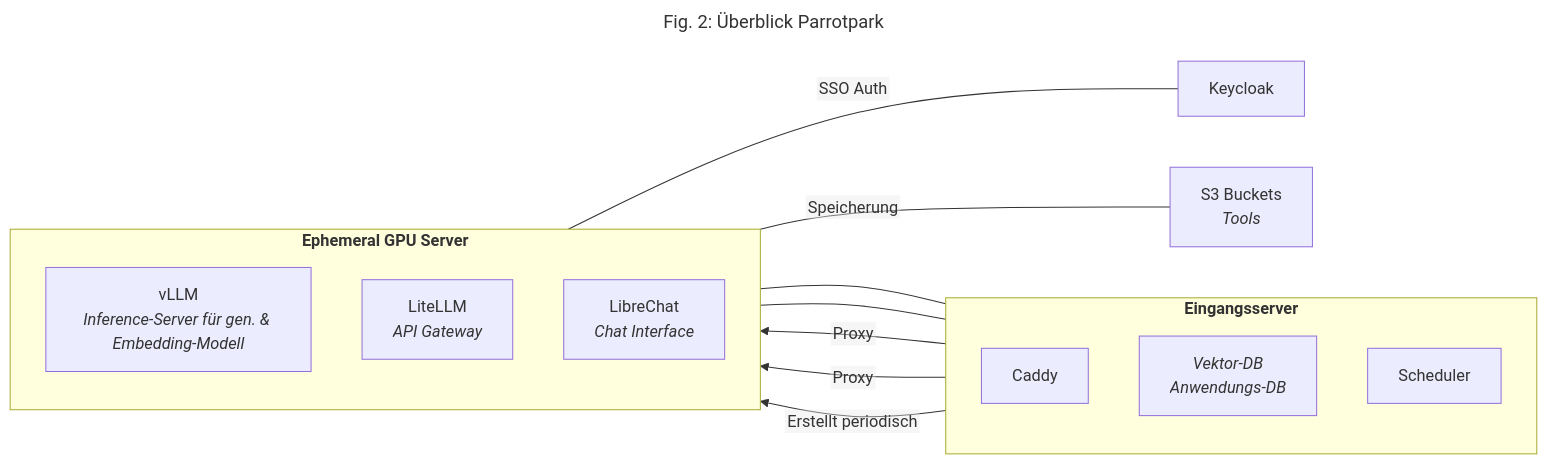
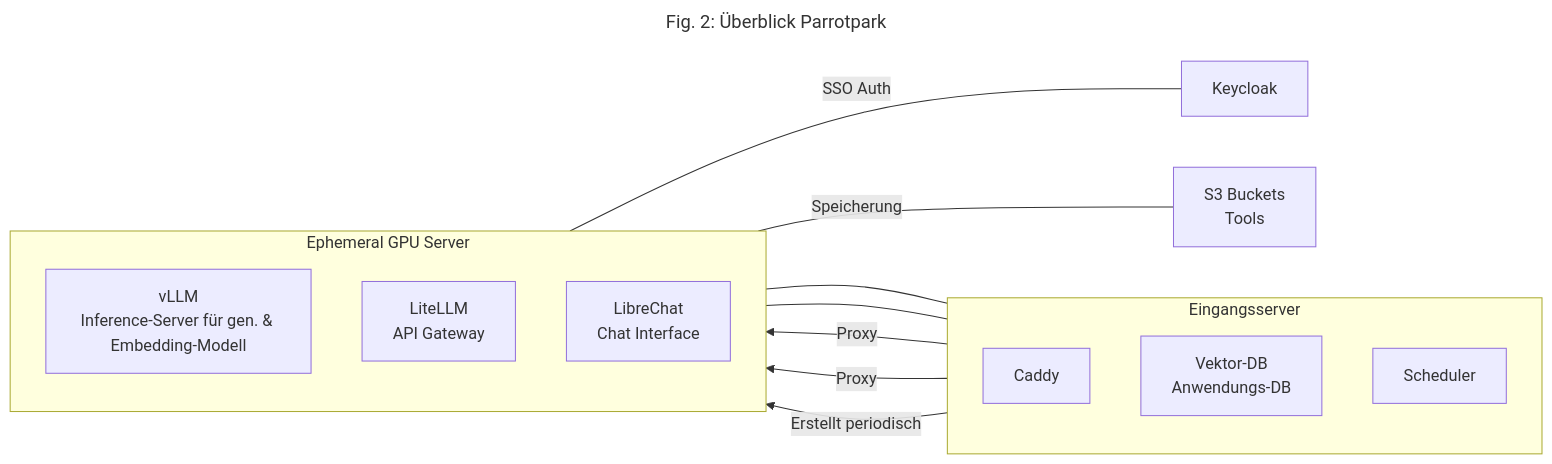
Before and after one commit to CorrelAid/cdl_llm_hosting_material: the diagram in doc/src/03-software.md, drawn with Mermaid. The commit also changed 15 other files, not shown here.

````diff
--- a/doc/src/03-software.md
+++ b/doc/src/03-software.md
@@ -24,32 +24,28 @@
 ```mermaid
 ---
 title: "Fig. 2: Überblick Parrotpark"
-config:
-  flowchart:
-    htmlLabels: false
 ---
-%%{ init: { 'flowchart': { 'curve': '' } } }%%
 flowchart LR
 
-    subgraph proxy["`**Eingangsserver**`"]
+    subgraph proxy["Eingangsserver"]
     direction TB
       Caddy
-      Databases[<i>Vektor-DB</i><br/><i>Anwendungs-DB</i>]
+      Databases["Vektor-DB<br/>Anwendungs-DB"]
       Scheduler
     end
-    subgraph gpu["`**Ephemeral GPU Server**`"]
+    subgraph gpu["Ephemeral GPU Server"]
     direction TB
-      vLLM[vLLM<br/><i>Inference-Server für gen. & Embedding-Modell</i>]
-      LiteLLM[LiteLLM<br/><i>API Gateway</i>]
-      LibreChat[LibreChat<br/><i>Chat Interface</i>]
+      vLLM["vLLM<br/>Inference-Server für gen. & Embedding-Modell"]
+      LiteLLM["LiteLLM<br/>API Gateway"]
+      LibreChat["LibreChat<br/>Chat Interface"]
     end
       LibreChat ---|SSO Auth| Keycloak
 
-      buckets[S3 Buckets<br/><i>Tools</i>]
+      buckets["S3 Buckets<br/>Tools"]
       LibreChat ---|Speicherung| buckets
 
     LiteLLM & LibreChat --- Databases
     Caddy -->|Proxy| LiteLLM & LibreChat
     Scheduler -->|Erstellt periodisch| gpu
 
 ```
````
